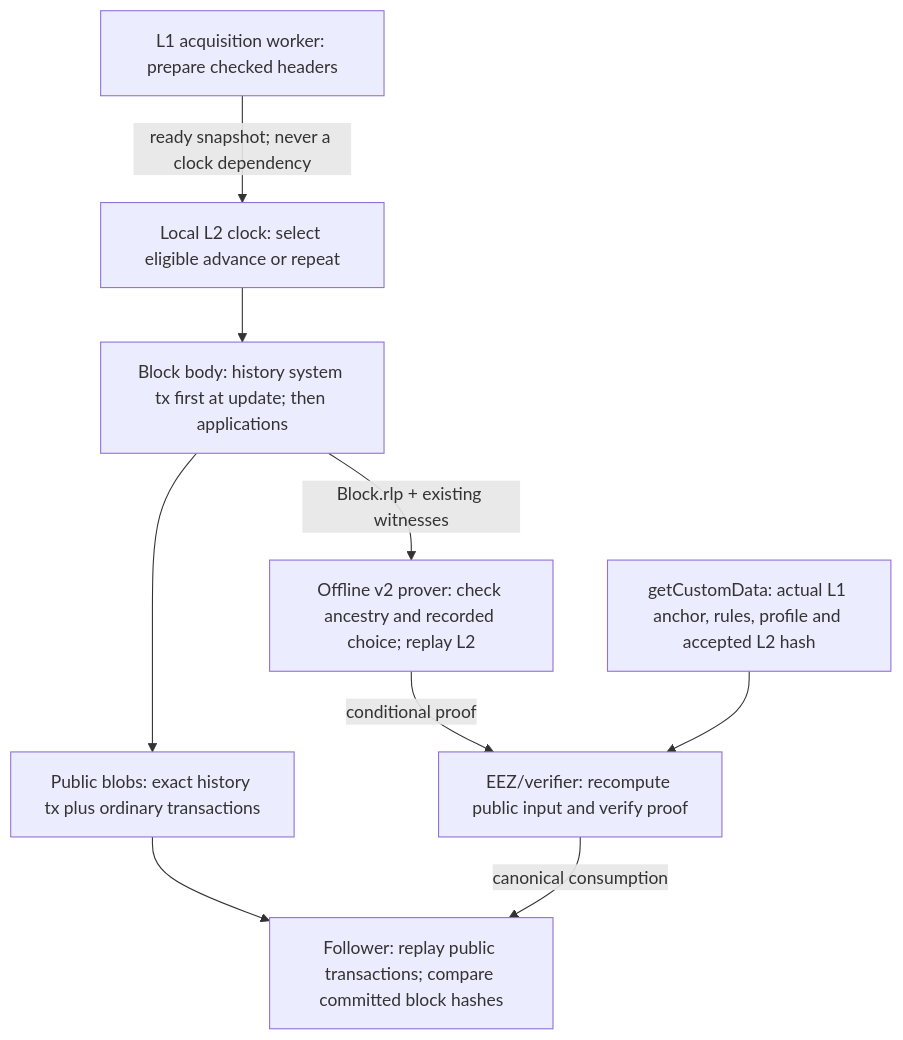
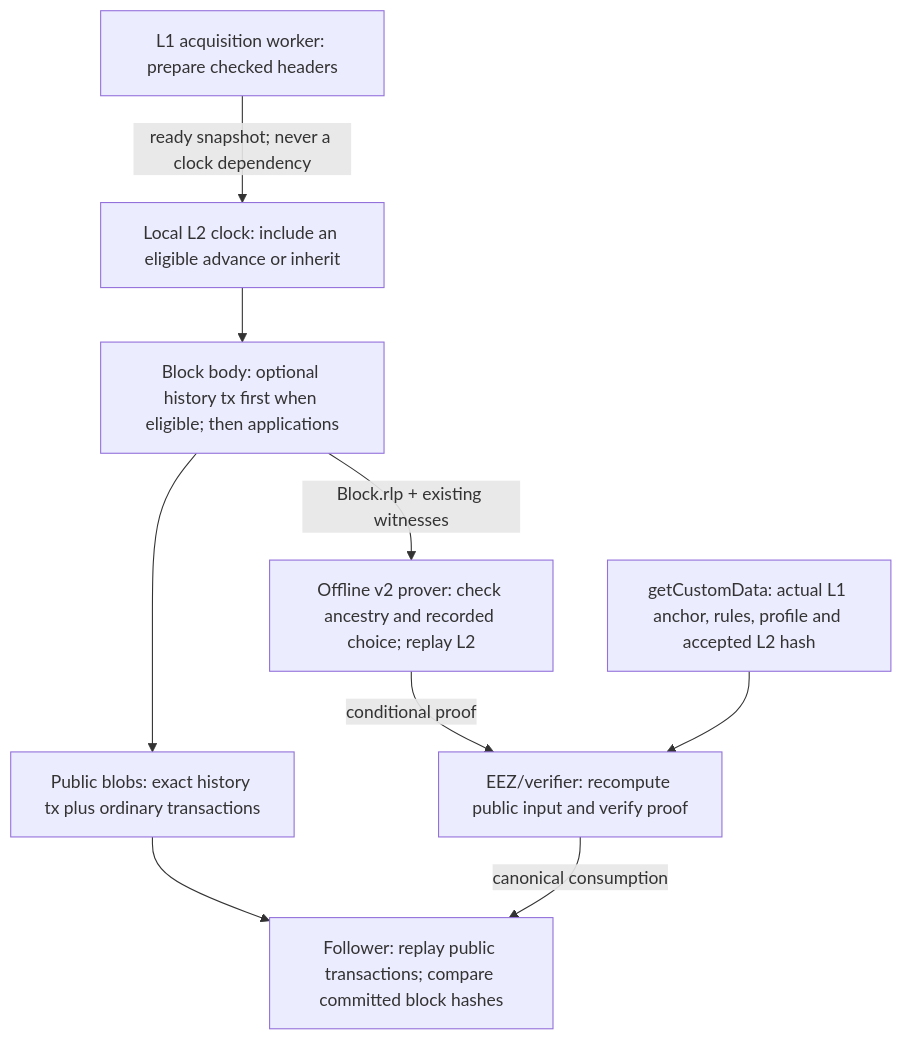
Before and after one commit to eez-association/eez-rollupX: the diagram in docs/proposals/l1-origin-and-offline-proving.md, drawn with Mermaid. The commit also changed other lines of this file and 217 other files, not shown here.

````diff
--- a/docs/proposals/l1-origin-and-offline-proving.md
+++ b/docs/proposals/l1-origin-and-offline-proving.md
@@ -231,19 +233,19 @@
 ```mermaid
 flowchart TD
     L["L1 acquisition worker: prepare checked headers"]
-    C["Local L2 clock: select eligible advance or repeat"]
-    B["Block body: history system tx first at update; then applications"]
+    C["Local L2 clock: include an eligible advance or inherit"]
+    B["Block body: optional history tx first when eligible; then applications"]
     D["Public blobs: exact history tx plus ordinary transactions"]
     P["Offline v2 prover: check ancestry and recorded choice; replay L2"]
     G["getCustomData: actual L1 anchor, rules, profile and accepted L2 hash"]
     V["EEZ/verifier: recompute public input and verify proof"]
     F["Follower: replay public transactions; compare committed block hashes"]
     L -->|"ready snapshot; never a clock dependency"| C
     C --> B
     B --> D
     B -->|"Block.rlp + existing witnesses"| P
     P -->|"conditional proof"| V
     G --> V
     D --> F
     V -->|"canonical consumption"| F
 ```
````
